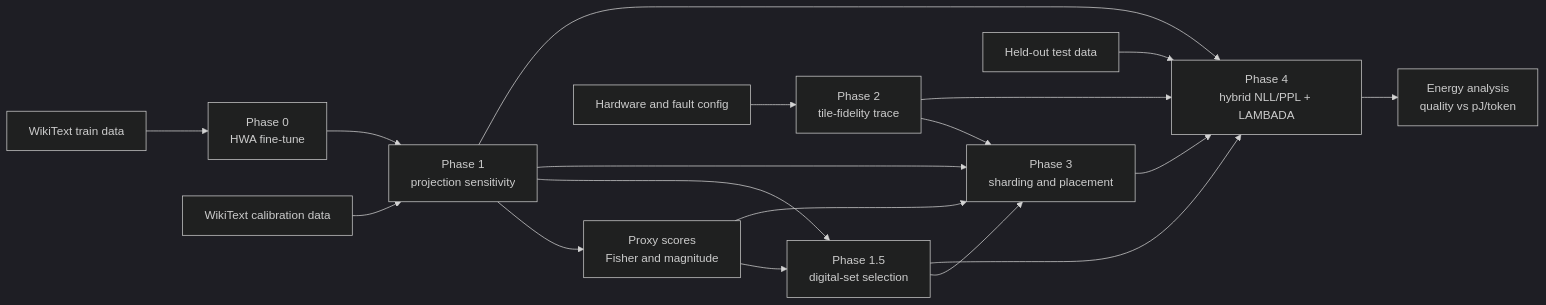
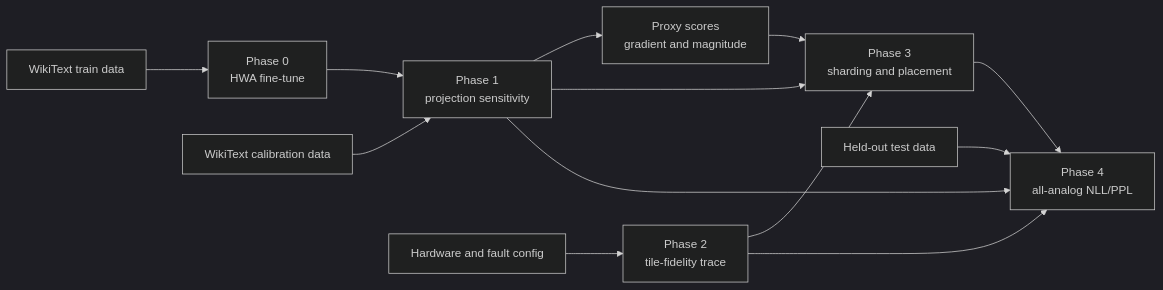
One commit to williamhwangweiju/projection-sensitivity-mapping changed the diagram in README.md. Above: the diagram before and after it, drawn with Mermaid (dark theme). The commit also changed other lines of this file and 44 other files, not shown here.

First line of the commit message:
Finalize the repository for the all-analog placement study

````diff
--- a/README.md
+++ b/README.md
@@ -16,20 +20,15 @@
 ```mermaid
 flowchart LR
     W[WikiText train data] --> P0[Phase 0<br/>HWA fine-tune]
     P0 --> P1[Phase 1<br/>projection sensitivity]
     C[WikiText calibration data] --> P1
-    P1 --> PX[Proxy scores<br/>Fisher and magnitude]
-    P1 --> P15[Phase 1.5<br/>digital-set selection]
-    PX --> P15
+    P1 --> PX[Proxy scores<br/>gradient and magnitude]
     H[Hardware and fault config] --> P2[Phase 2<br/>tile-fidelity trace]
     P1 --> P3[Phase 3<br/>sharding and placement]
     PX --> P3
-    P15 --> P3
     P2 --> P3
-    T[Held-out test data] --> P4[Phase 4<br/>hybrid NLL/PPL + LAMBADA]
+    T[Held-out test data] --> P4[Phase 4<br/>all-analog NLL/PPL]
     P1 --> P4
-    P15 --> P4
     P2 --> P4
     P3 --> P4
-    P4 --> E[Energy analysis<br/>quality vs pJ/token]
 ```
````
